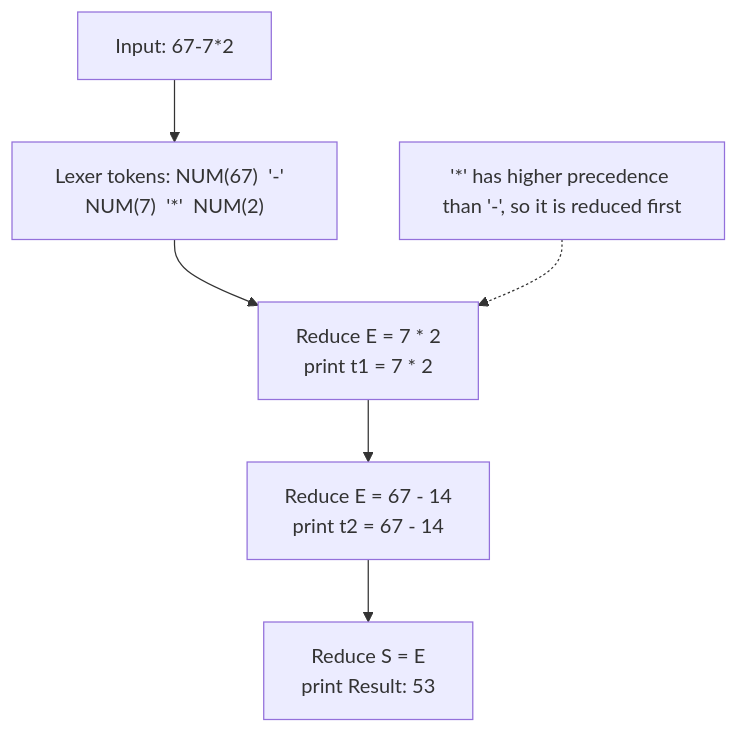
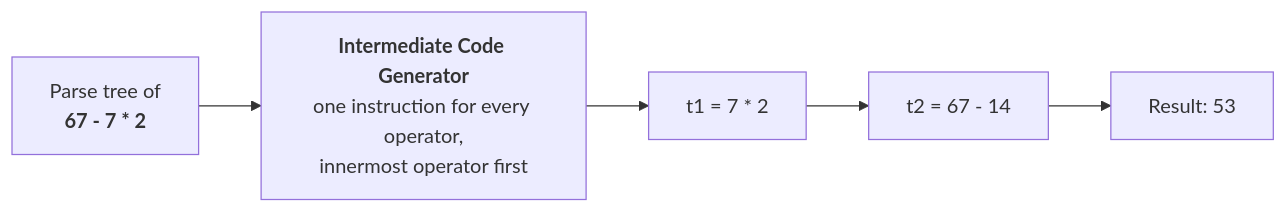
The fourth of 4 diagrams in README.md (ananyamarghade/Compiler-Construction-Lab), drawn with Mermaid before and after one commit. The commit also changed other lines of this file, not shown here.

````diff
--- a/README.md
+++ b/README.md
@@ -125,8 +130,7 @@
 ```mermaid
-flowchart TD
-    IN["Input: 67-7*2"] --> TOK["Lexer tokens: NUM(67)  '-'  NUM(7)  '*'  NUM(2)"]
-    TOK --> S1["Reduce E = 7 * 2<br/>print t1 = 7 * 2"]
-    S1 --> S2["Reduce E = 67 - 14<br/>print t2 = 67 - 14"]
-    S2 --> OUT["Reduce S = E<br/>print Result: 53"]
-    NOTE["'*' has higher precedence than '-', so it is reduced first"] -.-> S1
+flowchart LR
+    TREE["Parse tree of<br/><b>67 - 7 * 2</b>"] --> ICG["<b>Intermediate Code Generator</b><br/>one instruction for every operator,<br/>innermost operator first"]
+    ICG --> I1["t1 = 7 * 2"]
+    I1 --> I2["t2 = 67 - 14"]
+    I2 --> RES["Result: 53"]
 ```
````
